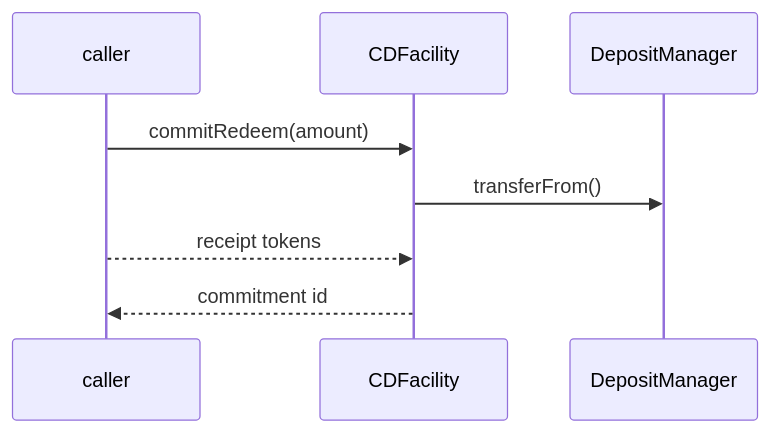
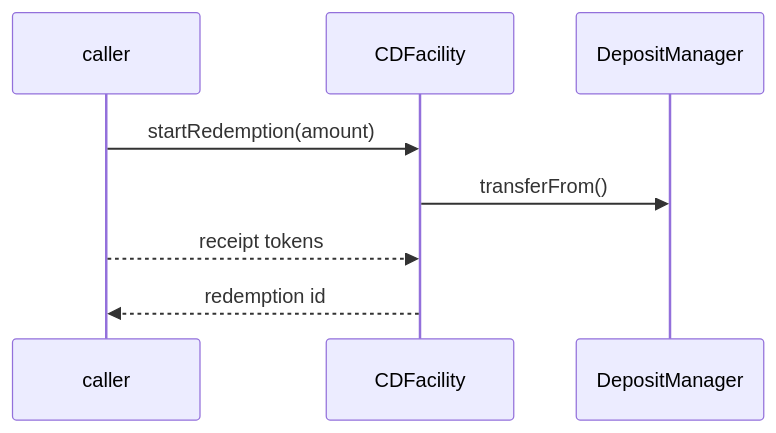
Before and after one commit to OlympusDAO/olympus-v3: the sixth of 9 diagrams in audit/2025-01_convertible-deposits/README.md, drawn with Mermaid. The commit also changed other lines of this file and 16 other files, not shown here.

Commit message:
RedemptionVault: rename commit/uncommit to startRedemption/cancelRedemption. Gas savings.

````diff
--- a/audit/2025-01_convertible-deposits/README.md
+++ b/audit/2025-01_convertible-deposits/README.md
@@ -353,11 +353,11 @@
 ```mermaid
 sequenceDiagram
     participant caller
     participant CDFacility
     participant DepositManager
 
-    caller->>CDFacility: commitRedeem(amount)
+    caller->>CDFacility: startRedemption(amount)
     CDFacility->>DepositManager: transferFrom()
     caller-->>CDFacility: receipt tokens
-    CDFacility-->>caller: commitment id
+    CDFacility-->>caller: redemption id
 ```
````
